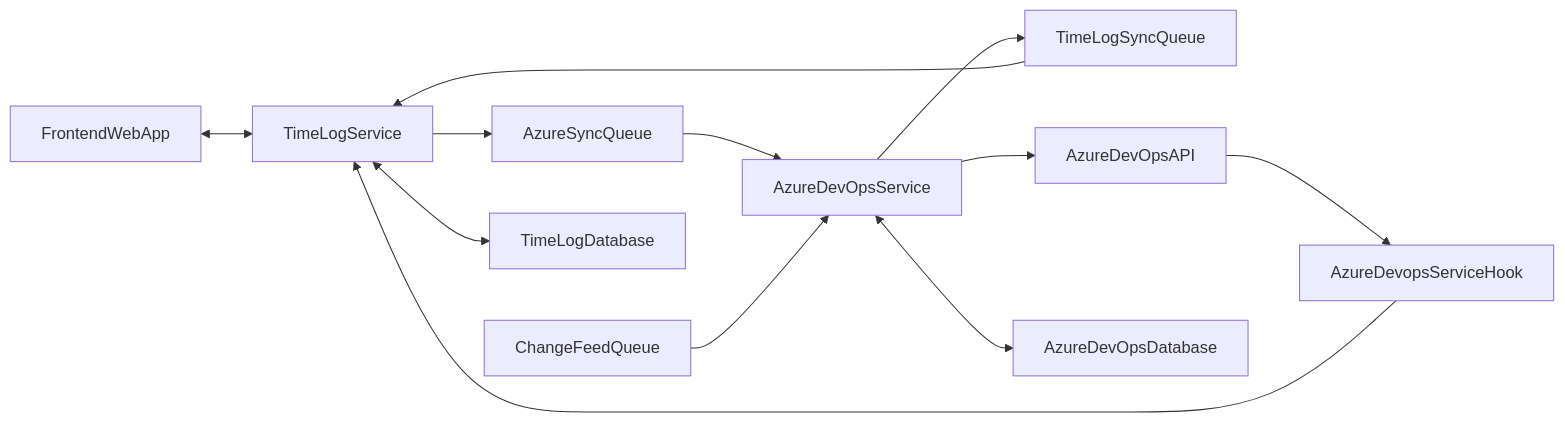
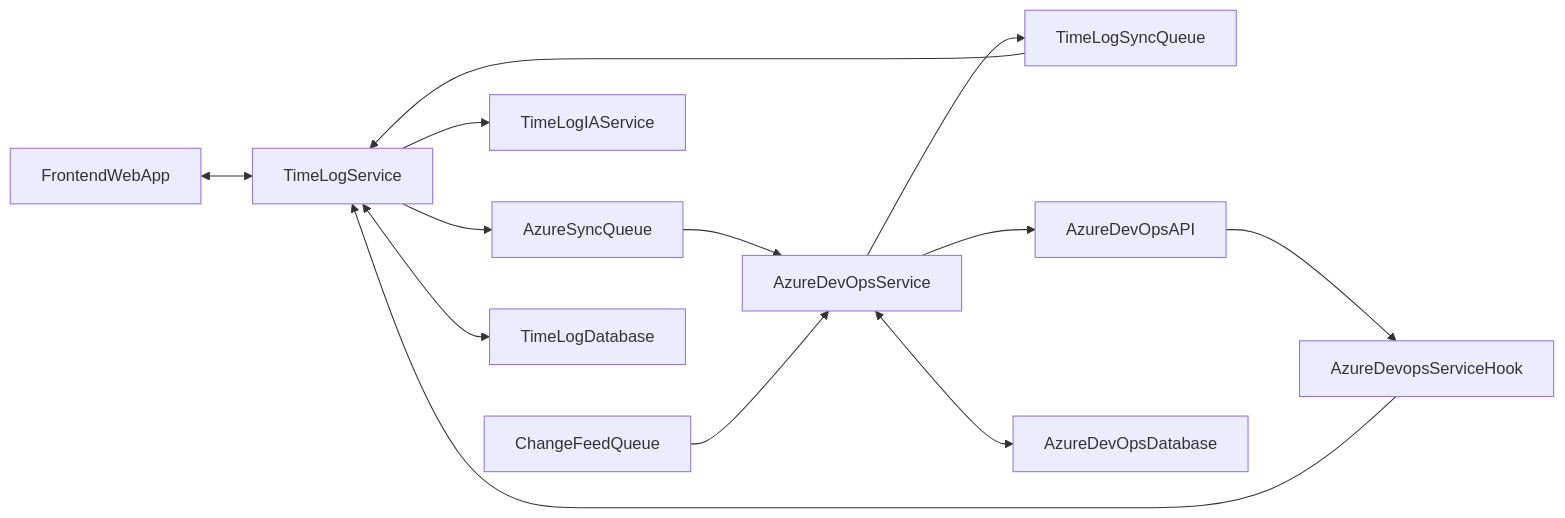
The diagram in README.md (TunNetCom/TunNetCom-AionTime), drawn with Mermaid before and after one commit.

````diff
--- a/README.md
+++ b/README.md
@@ -15,14 +15,15 @@
 ```mermaid
 flowchart LR;
     FrontendWebApp <--> TimeLogService;
     TimeLogService --> AzureSyncQueue;
     AzureSyncQueue --> AzureDevOpsService;
     AzureDevOpsService --> TimeLogSyncQueue;
     TimeLogSyncQueue --> TimeLogService;
+    TimeLogService --> TimeLogIAService
     ChangeFeedQueue --> AzureDevOpsService;
     AzureDevOpsService --> AzureDevOpsAPI;
     AzureDevOpsService <--> AzureDevOpsDatabase;
     TimeLogService <--> TimeLogDatabase;
     AzureDevOpsAPI --> AzureDevopsServiceHook;
     AzureDevopsServiceHook --> TimeLogService
 ```
````
